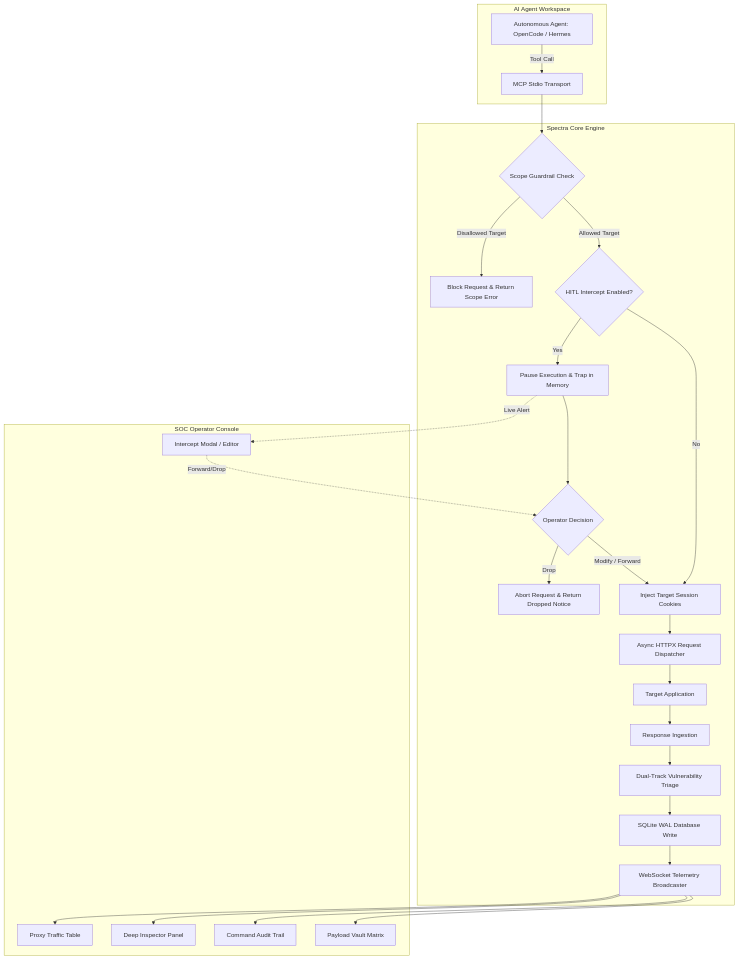
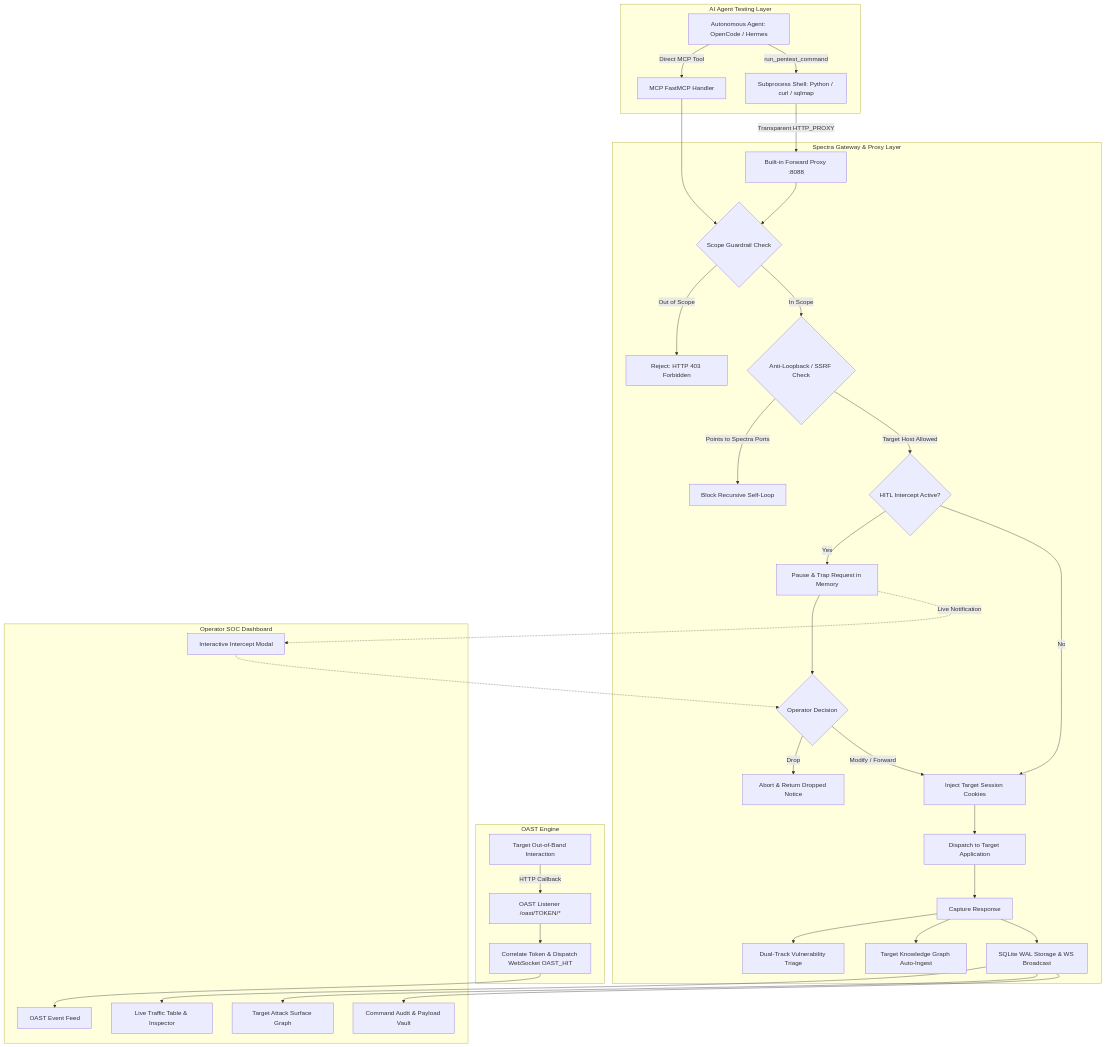
The diagram in README.md (angganovryanputra/Spectra-MCP), drawn with Mermaid before and after one commit. The commit also changed other lines of this file and 29 other files, not shown here.

Commit message:
feat: add Spectra MCP forward proxy backend, security utilities, and database models

````diff
--- a/README.md
+++ b/README.md
@@ -106,32 +113,41 @@
 ```mermaid
 flowchart TD
-    subgraph AgentSpace["AI Agent Workspace"]
-        A[Autonomous Agent: OpenCode / Hermes] -->|Tool Call| B[MCP Stdio Transport]
+    subgraph AgentWorkspace["AI Agent Testing Layer"]
+        A[Autonomous Agent: OpenCode / Hermes] -->|Direct MCP Tool| B[MCP FastMCP Handler]
+        A -->|run_pentest_command| C[Subprocess Shell: Python / curl / sqlmap]
     end
 
-    subgraph SpectraCore["Spectra Core Engine"]
-        B --> C{Scope Guardrail Check}
-        C -- "Disallowed Target" --> C1[Block Request & Return Scope Error]
-        C -- "Allowed Target" --> D{HITL Intercept Enabled?}
-        D -- "Yes" --> D1[Pause Execution & Trap in Memory]
-        D1 --> D2{Operator Decision}
-        D2 -- "Drop" --> D3[Abort Request & Return Dropped Notice]
-        D2 -- "Modify / Forward" --> E[Inject Target Session Cookies]
-        D -- "No" --> E
-        E --> F[Async HTTPX Request Dispatcher]
-        F --> G[Target Application]
-        G --> H[Response Ingestion]
-        H --> I[Dual-Track Vulnerability Triage]
-        I --> J[SQLite WAL Database Write]
-        J --> K[WebSocket Telemetry Broadcaster]
+    subgraph ProxyInterception["Spectra Gateway & Proxy Layer"]
+        C -->|Transparent HTTP_PROXY| D[Built-in Forward Proxy :8088]
+        B --> E{Scope Guardrail Check}
+        D --> E
+        E -- "Out of Scope" --> E1[Reject: HTTP 403 Forbidden]
+        E -- "In Scope" --> F{Anti-Loopback / SSRF Check}
+        F -- "Points to Spectra Ports" --> F1[Block Recursive Self-Loop]
+        F -- "Target Host Allowed" --> G{HITL Intercept Active?}
+        G -- "Yes" --> G1[Pause & Trap Request in Memory]
+        G1 --> G2{Operator Decision}
+        G2 -- "Drop" --> G3[Abort & Return Dropped Notice]
+        G2 -- "Modify / Forward" --> H[Inject Target Session Cookies]
+        G -- "No" --> H
+        H --> I[Dispatch to Target Application]
+        I --> J[Capture Response]
+        J --> K[Dual-Track Vulnerability Triage]
+        J --> L[Target Knowledge Graph Auto-Ingest]
+        J --> M[SQLite WAL Storage & WS Broadcast]
     end
 
-    subgraph OperatorUI["SOC Operator Console"]
-        K --> L[Proxy Traffic Table]
-        K --> M[Deep Inspector Panel]
-        K --> N[Command Audit Trail]
-        K --> O[Payload Vault Matrix]
-        D1 -.->|Live Alert| P[Intercept Modal / Editor]
-        P -.->|Forward/Drop| D2
+    subgraph OastSubsystem["OAST Engine"]
+        O1[Target Out-of-Band Interaction] -->|HTTP Callback| O2[OAST Listener /oast/TOKEN/*]
+        O2 --> O3[Correlate Token & Dispatch WebSocket OAST_HIT]
+    end
+
+    subgraph OperatorConsole["Operator SOC Dashboard"]
+        M --> UI1[Live Traffic Table & Inspector]
+        M --> UI2[Target Attack Surface Graph]
+        M --> UI3[Command Audit & Payload Vault]
+        O3 --> UI4[OAST Event Feed]
+        G1 -.->|Live Notification| UI5[Interactive Intercept Modal]
+        UI5 -.-> G2
     end
 ```
````
